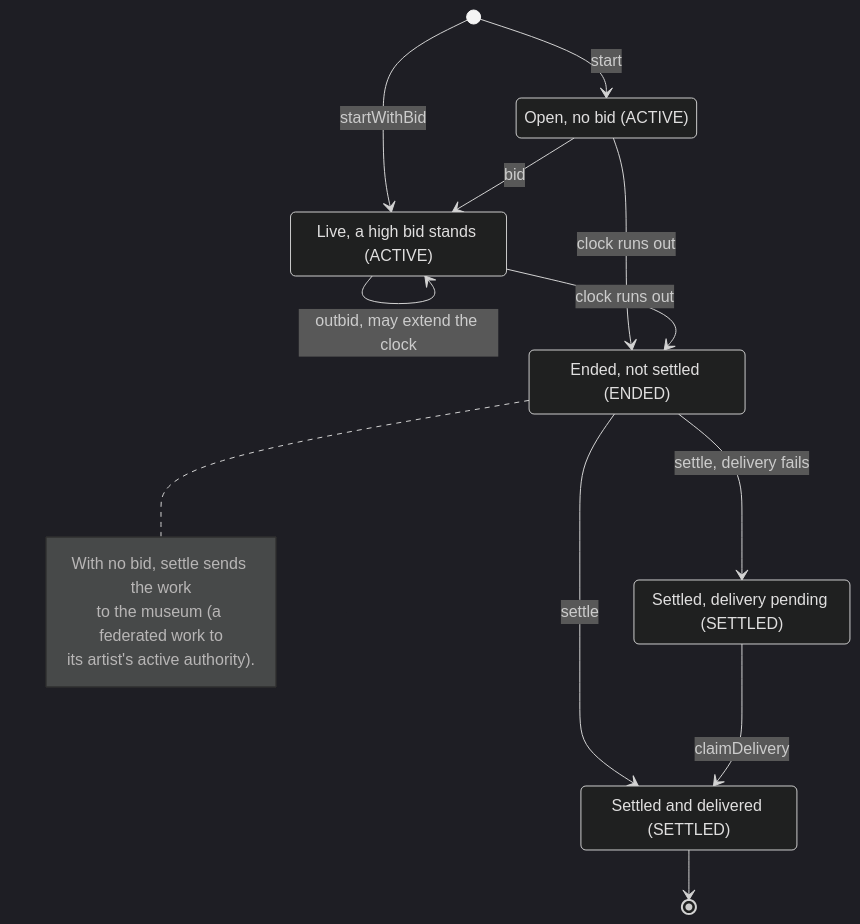
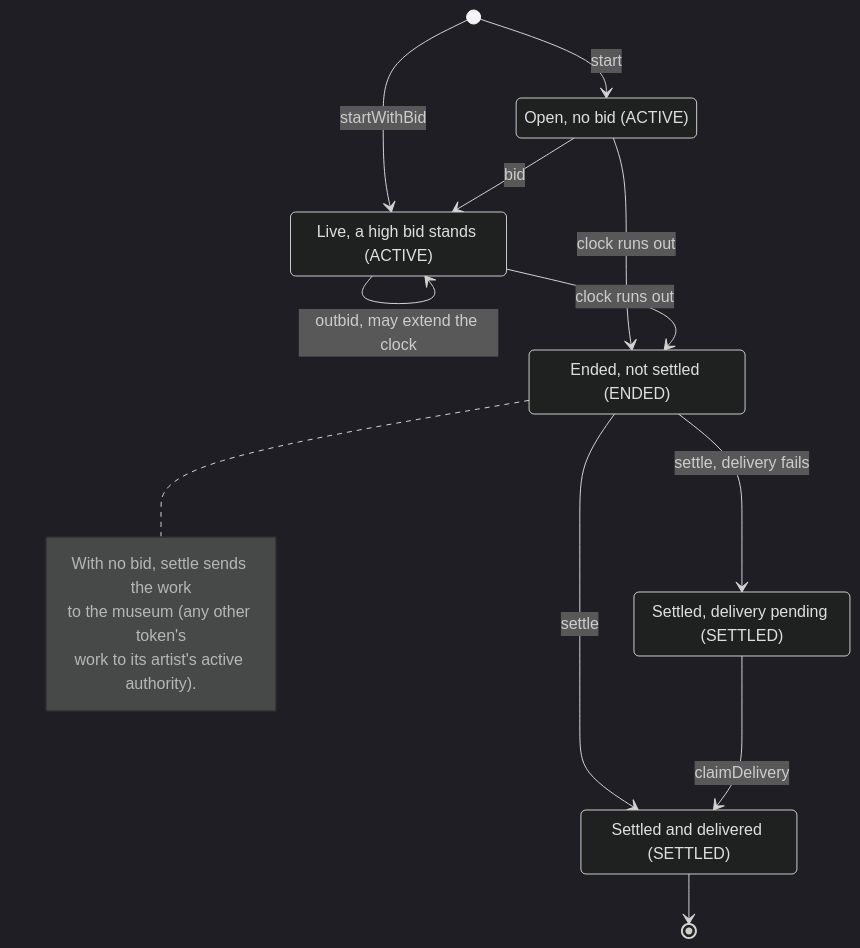
One commit to 6529-Collections/6529-works changed the second of 11 diagrams in docs/spec/stream-and-auctions.md. Above: the diagram before and after it, drawn with Mermaid (dark theme). The commit also changed other lines of this file and 17 other files, not shown here.

````diff
--- a/docs/spec/stream-and-auctions.md
+++ b/docs/spec/stream-and-auctions.md
@@ -135,23 +137,23 @@
 ```mermaid
 stateDiagram-v2
     state "Open, no bid (ACTIVE)" as Open
     state "Live, a high bid stands (ACTIVE)" as Live
     state "Ended, not settled (ENDED)" as Ended
     state "Settled and delivered (SETTLED)" as Delivered
     state "Settled, delivery pending (SETTLED)" as Pending
     [*] --> Open : start
     [*] --> Live : startWithBid
     Open --> Live : bid
     Live --> Live : outbid, may extend the clock
     Open --> Ended : clock runs out
     Live --> Ended : clock runs out
     Ended --> Delivered : settle
     Ended --> Pending : settle, delivery fails
     Pending --> Delivered : claimDelivery
     Delivered --> [*]
     note right of Ended
         With no bid, settle sends the work
-        to the museum (a federated work to
-        its artist's active authority).
+        to the museum (any other token's
+        work to its artist's active authority).
     end note
 ```
````
